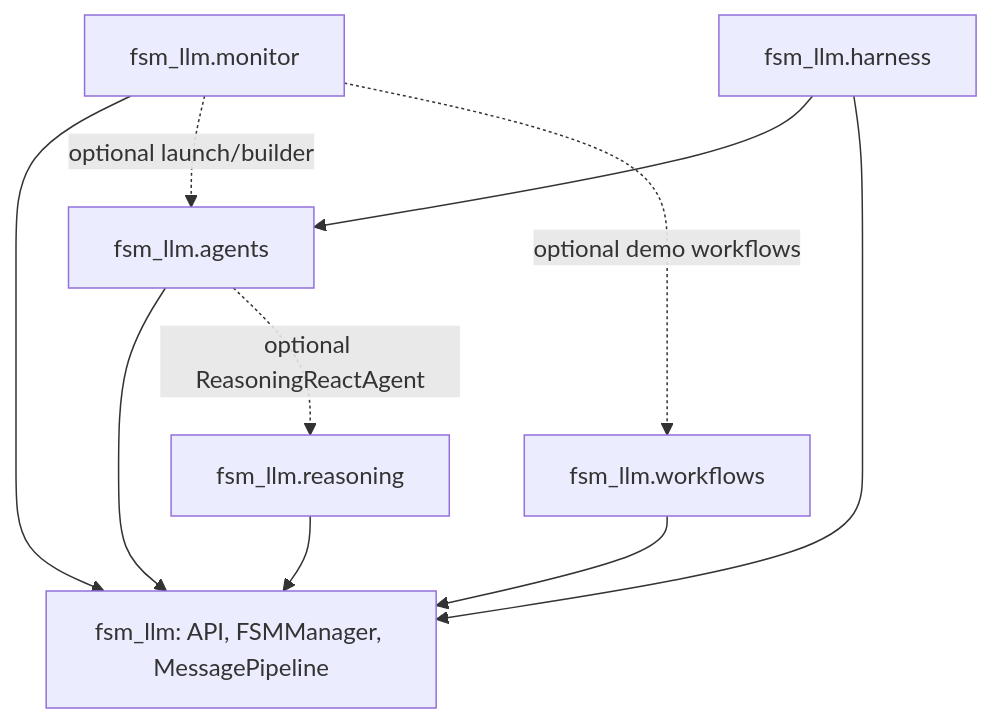
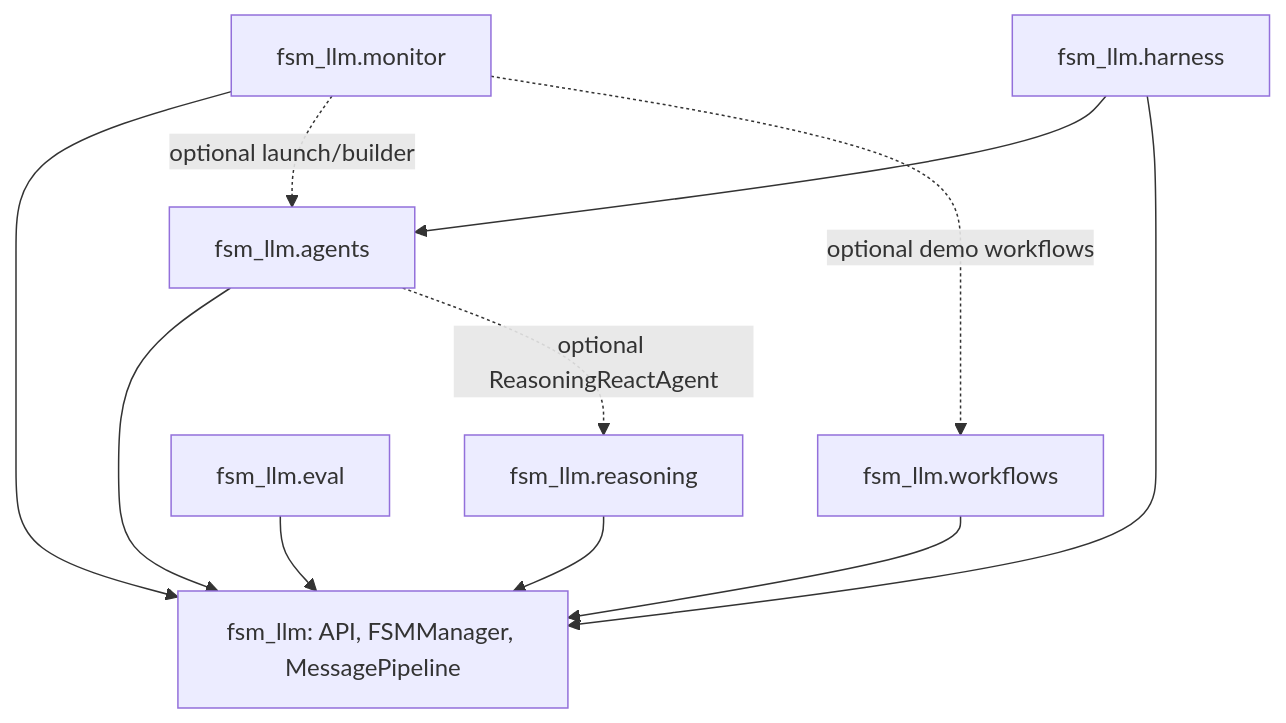
The diagram in CLAUDE.md (NikolasMarkou/fsm_llm), drawn with Mermaid before and after one commit. The commit also changed other lines of this file and 9 other files, not shown here.

First line of the commit message:
[plan-2026-09-29-581c2634/iter-1/step-5] docs(eval): document fsm_llm.eval and fsm-llm-eval

````diff
--- a/CLAUDE.md
+++ b/CLAUDE.md
@@ -14,13 +14,14 @@
 ```mermaid
 flowchart TD
     core[fsm_llm: API, FSMManager, MessagePipeline]
     reasoning[fsm_llm.reasoning] --> core
     workflows[fsm_llm.workflows] --> core
     agents[fsm_llm.agents] --> core
     agents -. optional ReasoningReactAgent .-> reasoning
     monitor[fsm_llm.monitor] --> core
     monitor -. optional launch/builder .-> agents
     monitor -. optional demo workflows .-> workflows
     harness[fsm_llm.harness] --> agents
     harness --> core
+    eval[fsm_llm.eval] --> core
 ```
````
